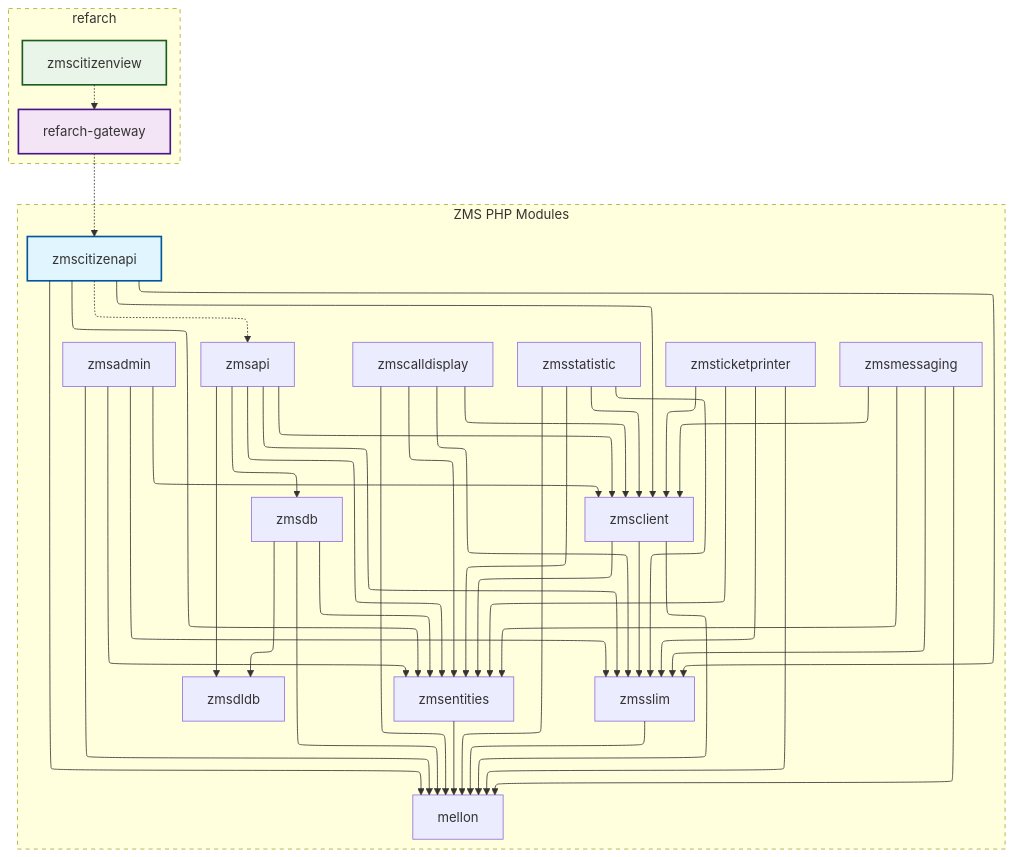
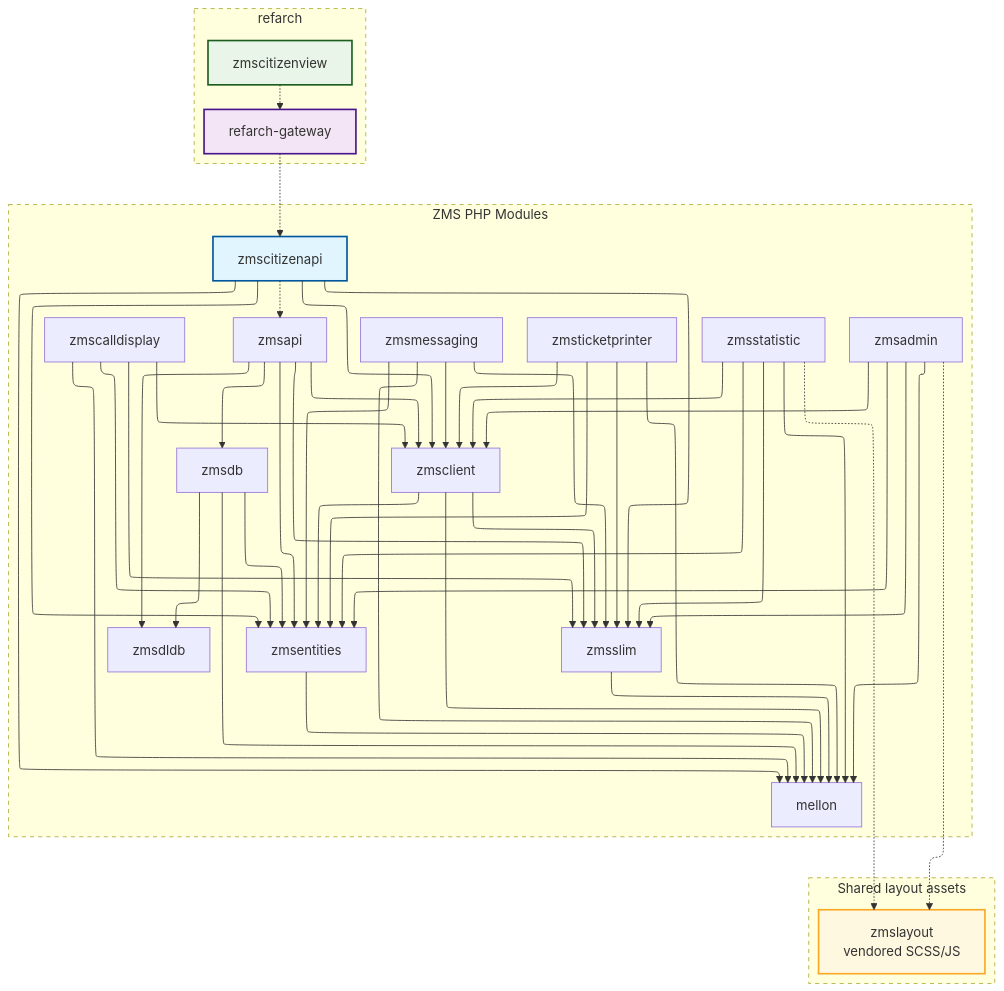
The first of 2 diagrams in docs/en/on-the-future/product-oriented-refarch-roadmap.md (it-at-m/eappointment), drawn with Mermaid before and after one commit. The commit also changed other lines of this file and 6 other files, not shown here.

First line of the commit message:
docs(ZMSKVR-1321): document zmslayout in dependency graphs and roadmap

````diff
--- a/docs/en/on-the-future/product-oriented-refarch-roadmap.md
+++ b/docs/en/on-the-future/product-oriented-refarch-roadmap.md
@@ -34,58 +36,69 @@
 ```mermaid
 %%{init: {"flowchart": {"defaultRenderer": "elk"}} }%%
 graph TD;
     %% Main ZMS module dependencies
     zmsapi --> zmsslim & zmsclient & zmsdldb & zmsdb & zmsentities;
     zmsadmin --> mellon & zmsclient & zmsslim & zmsentities;
     zmscalldisplay --> mellon & zmsclient & zmsentities & zmsslim;
     zmsstatistic --> mellon & zmsentities & zmsslim & zmsclient;
     zmsmessaging --> mellon & zmsclient & zmsentities & zmsslim;
     zmsticketprinter --> mellon & zmsclient & zmsentities & zmsslim;
 
     zmsdb --> zmsentities & zmsdldb & mellon;
     zmsclient --> zmsentities & zmsslim & mellon;
     zmsentities --> mellon;
     zmsslim --> mellon;
 
     %% zmscitizenapi dependencies
     zmscitizenapi --> mellon & zmsslim & zmsclient & zmsentities;
+
+    %% npm file: dependencies (dashed)
+    zmsadmin -.-> zmslayout;
+    zmsstatistic -.-> zmslayout;
 
     %% Build dependencies (dashed lines)
     zmscitizenapi -.-> zmsapi;
     refarch-gateway -.-> zmscitizenapi;
     zmscitizenview -.-> refarch-gateway;
 
     %% Group refarch-gateway and zmscitizenview into a subgraph
     subgraph refarch [refarch]
         style refarch stroke-dasharray: 5
         refarch-gateway
         zmscitizenview
     end
 
     %% Group remaining modules into dashed PHP-style subgraph
     subgraph zms_modules [ZMS PHP Modules]
         style zms_modules stroke-dasharray: 5, 5, 1, 5
         zmsapi
         zmsadmin
         zmscalldisplay
         zmsstatistic
         zmsmessaging
         zmsticketprinter
         zmsdb
         zmsclient
         zmsentities
         zmsslim
         zmsdldb
         mellon
         zmscitizenapi
     end
 
+    subgraph shared_frontend [Shared layout assets]
+        style shared_frontend stroke-dasharray: 5, 2, 1, 2
+        zmslayout["zmslayout<br/>vendored SCSS/JS"]
+    end
+
     %% Styling for the three modules
     classDef citizenapi fill:#e1f5fe,stroke:#01579b,stroke-width:2px;
     classDef gateway fill:#f3e5f5,stroke:#4a148c,stroke-width:2px;
     classDef citizenview fill:#e8f5e8,stroke:#1b5e20,stroke-width:2px;
+    classDef layout fill:#fff8e1,stroke:#f9a825,stroke-width:2px;
 
     class zmscitizenapi citizenapi;
     class refarch-gateway gateway;
     class zmscitizenview citizenview;
+    class zmslayout layout;
 ```
````
